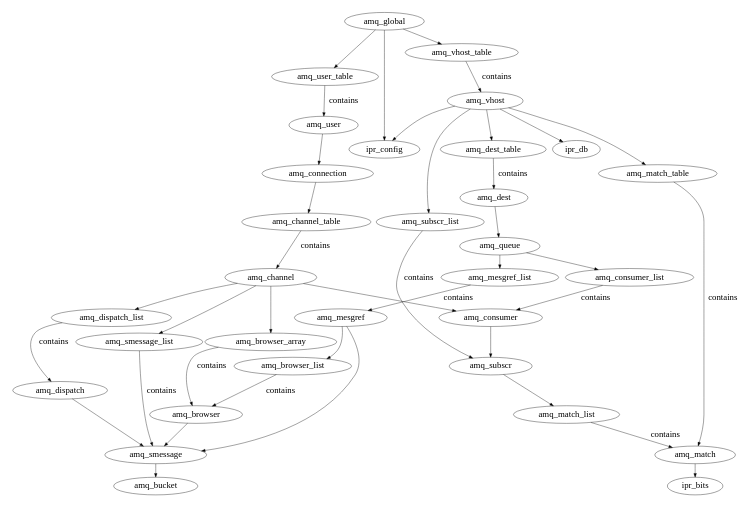
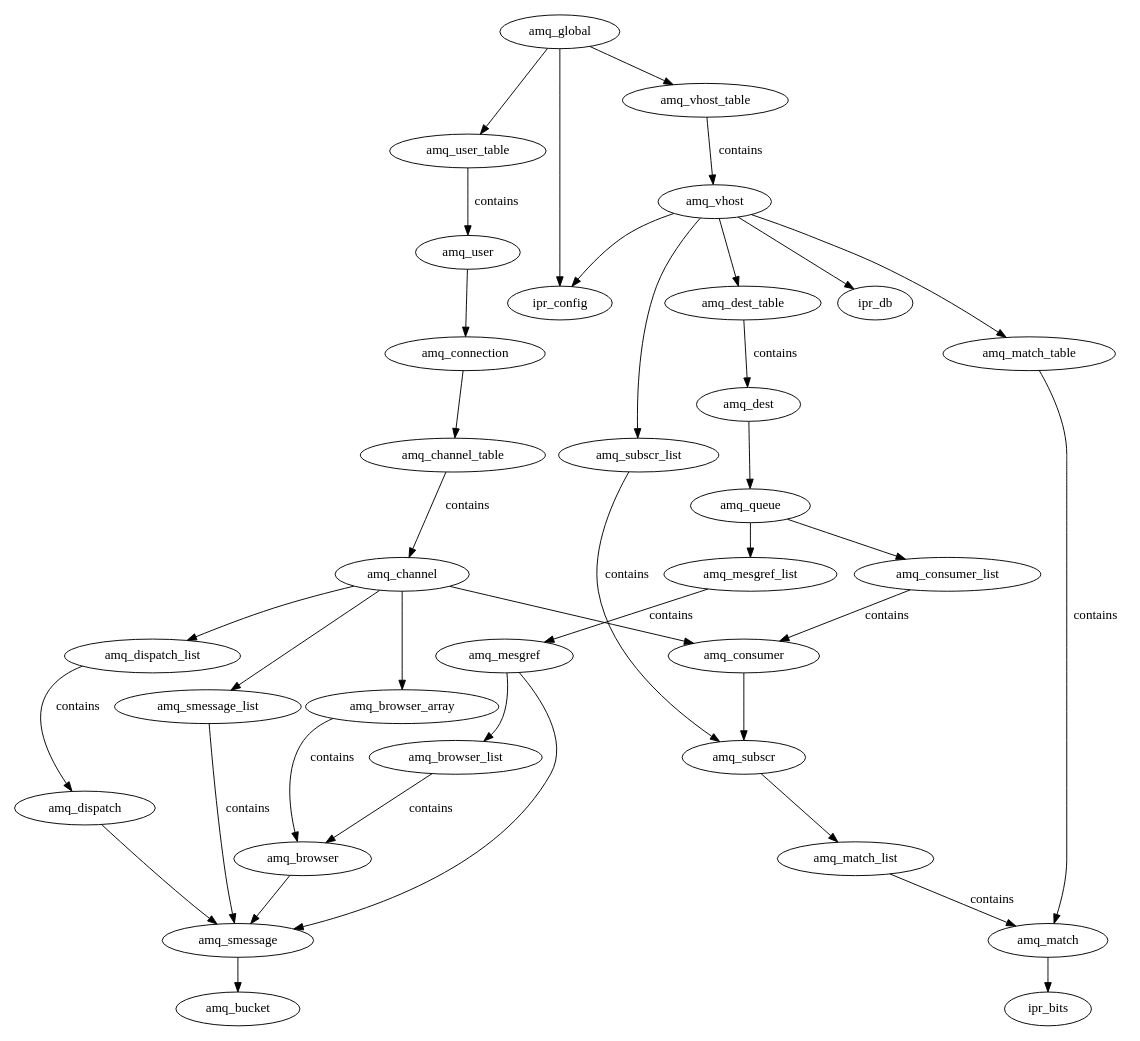
One commit to imatix/openamq changed the diagram in doc/server_classes.dot. Above: the diagram before and after it, drawn with Graphviz. The commit also changed 6 other files, not shown here.

```diff
--- a/doc/server_classes.dot
+++ b/doc/server_classes.dot
@@ -1,44 +1,44 @@
 //  Build using dot
 digraph Classes {
-    size = "7,10";
-    node [fontsize=24];
-    edge [fontsize=24];
+    size = "10.6,12";
+    node [fontsize=14];
+    edge [fontsize=14];
     amq_browser             -> amq_smessage;
     amq_browser_array       -> amq_browser  [label = "contains"];
     amq_browser_list        -> amq_browser  [label = "contains"];
     amq_channel             -> amq_dispatch_list;
     amq_channel             -> amq_smessage_list;
     amq_channel             -> amq_consumer;
     amq_channel             -> amq_browser_array;
     amq_channel_table       -> amq_channel  [label = "contains"];
     amq_connection          -> amq_channel_table;
     amq_consumer            -> amq_subscr;
     amq_consumer_list       -> amq_consumer [label = "contains"];
     amq_dest                -> amq_queue;
     amq_dest_table          -> amq_dest     [label = "contains"];
     amq_dispatch            -> amq_smessage;
     amq_dispatch_list       -> amq_dispatch [label = "contains"];
     amq_global              -> amq_user_table;
     amq_global              -> amq_vhost_table;
     amq_global              -> ipr_config;
     amq_match               -> ipr_bits;
     amq_match_list          -> amq_match    [label = "contains"];
     amq_match_table         -> amq_match    [label = "contains"];
     amq_mesgref             -> amq_smessage;
     amq_mesgref             -> amq_browser_list;
     amq_mesgref_list        -> amq_mesgref  [label = "contains"];
     amq_queue               -> amq_consumer_list;
     amq_queue               -> amq_mesgref_list;
     amq_smessage            -> amq_bucket;
     amq_smessage_list       -> amq_smessage [label = "contains"];
     amq_subscr              -> amq_match_list;
     amq_subscr_list         -> amq_subscr   [label = "contains"];
     amq_user_table          -> amq_user     [label = "contains"];
     amq_user                -> amq_connection;
     amq_vhost               -> ipr_db;
     amq_vhost               -> ipr_config;
     amq_vhost               -> amq_dest_table;
     amq_vhost               -> amq_subscr_list;
     amq_vhost               -> amq_match_table;
     amq_vhost_table         -> amq_vhost    [label = "contains"];
 }
```
